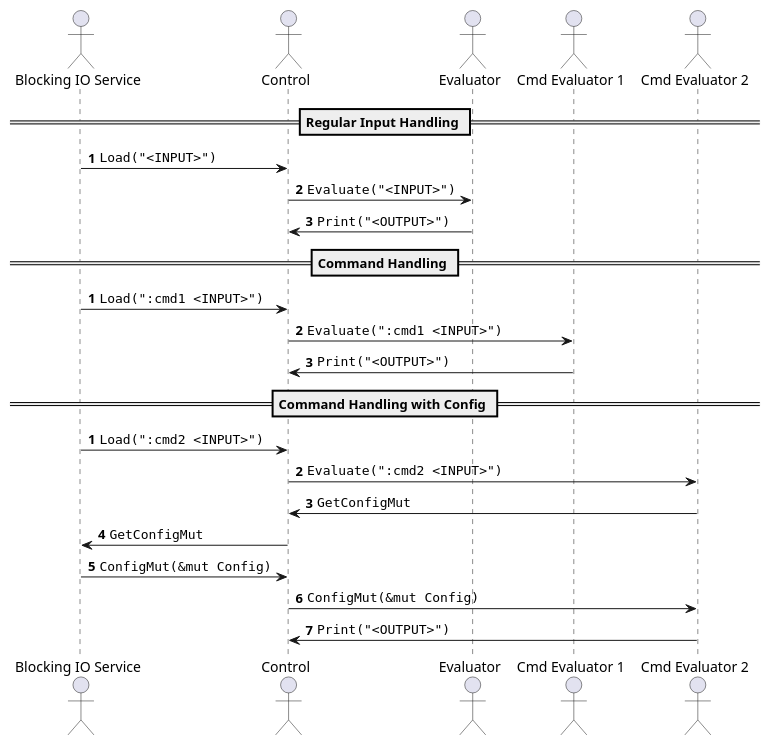
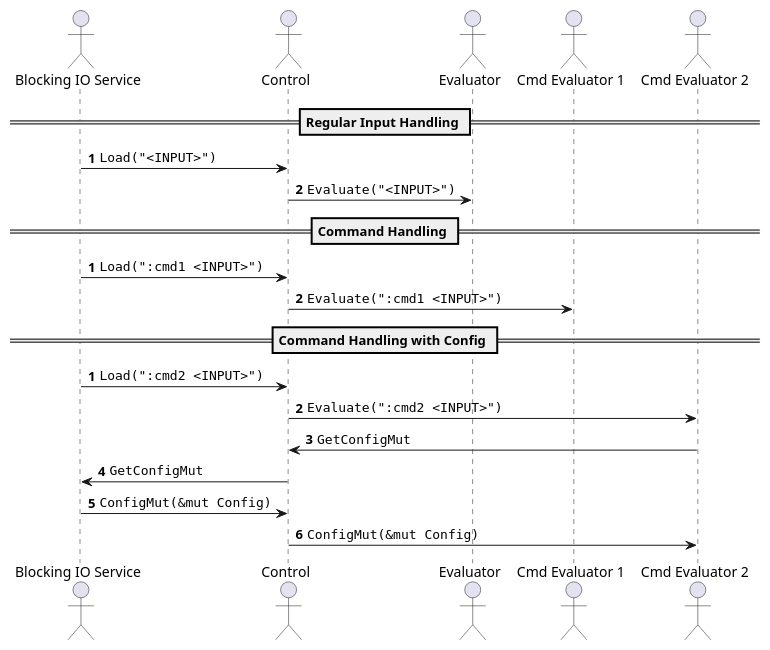
Before and after one commit to calypso-lang/assets: the diagram in diagrams/repl.puml, drawn with PlantUML. The commit also changed 1 other file, not shown here.

Commit message:
Remove Print message in REPL sequence diagram

```diff
--- a/diagrams/repl.puml
+++ b/diagrams/repl.puml
@@ -1,35 +1,32 @@
 @startuml repl
 ' skinparam maxMessageSize 125
 
 actor User as "Blocking IO Service"
 actor Ctrl as "Control"
 actor Eval as "Evaluator"
 actor Cmd1 as "Cmd Evaluator 1"
 actor Cmd2 as "Cmd Evaluator 2"
 
 == Regular Input Handling ==
 
 autonumber
 User -> Ctrl : ""Load("<INPUT>")""
 Ctrl -> Eval : ""Evaluate("<INPUT>")""
-Eval -> Ctrl : ""Print("<OUTPUT>")""
 
 == Command Handling ==
 
 autonumber
 User -> Ctrl : ""Load(":cmd1 <INPUT>")""
 Ctrl -> Cmd1 : ""Evaluate(":cmd1 <INPUT>")""
-Cmd1 -> Ctrl : ""Print("<OUTPUT>")""
 
 == Command Handling with Config ==
 
 autonumber
 User -> Ctrl : ""Load(":cmd2 <INPUT>")""
 Ctrl -> Cmd2 : ""Evaluate(":cmd2 <INPUT>")""
 Cmd2 -> Ctrl : ""GetConfigMut""
 Ctrl -> User : ""GetConfigMut""
 User -> Ctrl : ""ConfigMut(&mut Config)""
 Ctrl -> Cmd2 : ""ConfigMut(&mut Config)""
-Cmd2 -> Ctrl : ""Print("<OUTPUT>")""
 
 @enduml
```
